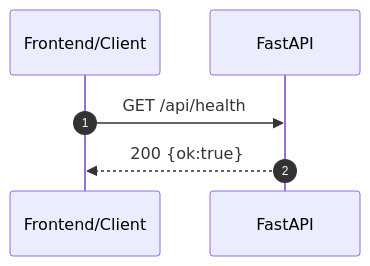
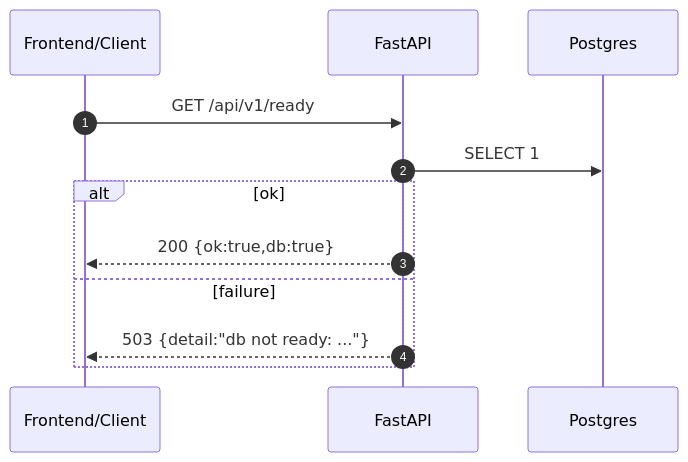
The second of 8 diagrams in doc/api.md (5avvadaJ1r0/people_relation), drawn with Mermaid before and after one commit. The commit also changed other lines of this file and 60 other files, not shown here.

````diff
--- a/doc/api.md
+++ b/doc/api.md
@@ -185,9 +202,15 @@
 ```mermaid
 sequenceDiagram
     autonumber
     participant FE as Frontend/Client
     participant API as FastAPI
+    participant DB as Postgres
 
-    FE->>API: GET /api/health
-    API-->>FE: 200 {ok:true}
+    FE->>API: GET /api/v1/ready
+    API->>DB: SELECT 1
+    alt ok
+        API-->>FE: 200 {ok:true,db:true}
+    else failure
+        API-->>FE: 503 {detail:"db not ready: ..."}
+    end
 ```
````
